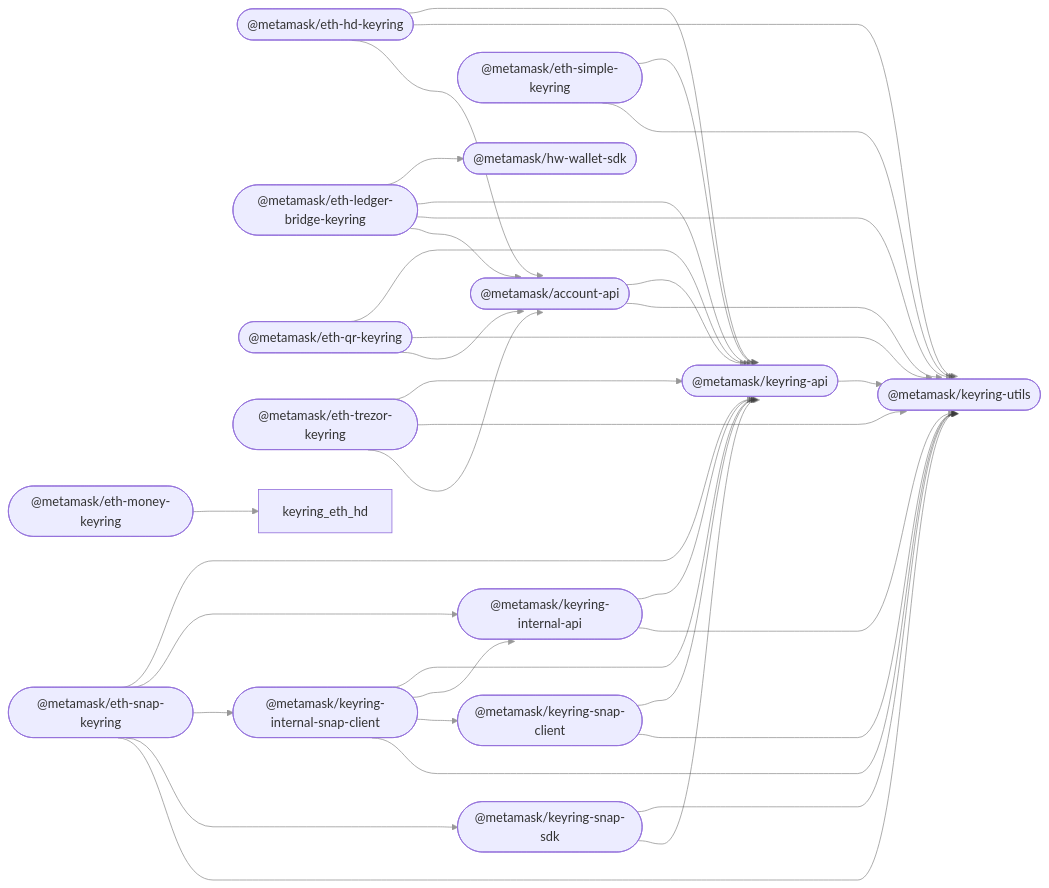
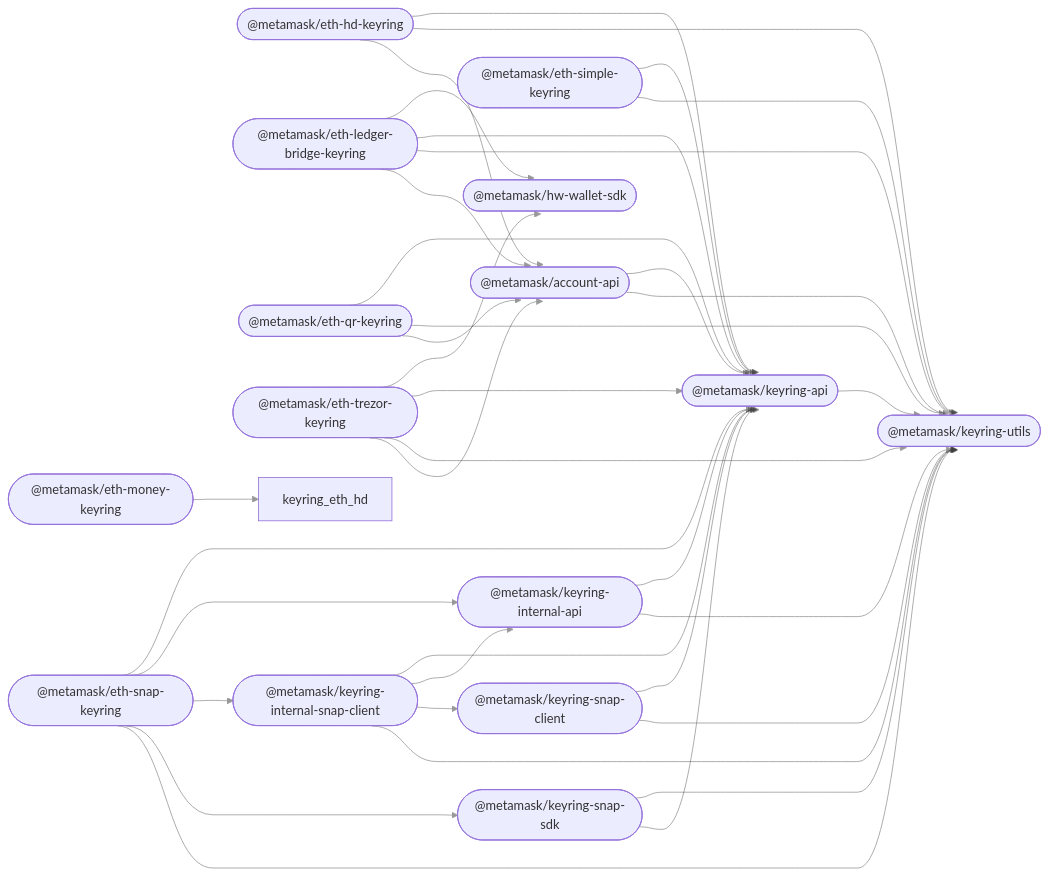
Before and after one commit to MetaMask/accounts: the diagram in README.md, drawn with Mermaid. The commit also changed 16 other files, not shown here.

````diff
--- a/README.md
+++ b/README.md
@@ -37,54 +37,55 @@
 ```mermaid
 %%{ init: { 'flowchart': { 'curve': 'bumpX' } } }%%
 graph LR;
 linkStyle default opacity:0.5
   account_api(["@metamask/account-api"]);
   hw_wallet_sdk(["@metamask/hw-wallet-sdk"]);
   keyring_api(["@metamask/keyring-api"]);
   eth_hd_keyring(["@metamask/eth-hd-keyring"]);
   eth_ledger_bridge_keyring(["@metamask/eth-ledger-bridge-keyring"]);
   eth_money_keyring(["@metamask/eth-money-keyring"]);
   eth_qr_keyring(["@metamask/eth-qr-keyring"]);
   eth_simple_keyring(["@metamask/eth-simple-keyring"]);
   eth_trezor_keyring(["@metamask/eth-trezor-keyring"]);
   keyring_internal_api(["@metamask/keyring-internal-api"]);
   keyring_internal_snap_client(["@metamask/keyring-internal-snap-client"]);
   eth_snap_keyring(["@metamask/eth-snap-keyring"]);
   keyring_snap_client(["@metamask/keyring-snap-client"]);
   keyring_snap_sdk(["@metamask/keyring-snap-sdk"]);
   keyring_utils(["@metamask/keyring-utils"]);
   account_api --> keyring_api;
   account_api --> keyring_utils;
   keyring_api --> keyring_utils;
   eth_hd_keyring --> keyring_api;
   eth_hd_keyring --> keyring_utils;
   eth_hd_keyring --> account_api;
   eth_ledger_bridge_keyring --> hw_wallet_sdk;
   eth_ledger_bridge_keyring --> keyring_api;
   eth_ledger_bridge_keyring --> keyring_utils;
   eth_ledger_bridge_keyring --> account_api;
   eth_money_keyring --> keyring_eth_hd;
   eth_qr_keyring --> keyring_api;
   eth_qr_keyring --> keyring_utils;
   eth_qr_keyring --> account_api;
   eth_simple_keyring --> keyring_api;
   eth_simple_keyring --> keyring_utils;
+  eth_trezor_keyring --> hw_wallet_sdk;
   eth_trezor_keyring --> keyring_api;
   eth_trezor_keyring --> keyring_utils;
   eth_trezor_keyring --> account_api;
   keyring_internal_api --> keyring_api;
   keyring_internal_api --> keyring_utils;
   keyring_internal_snap_client --> keyring_api;
   keyring_internal_snap_client --> keyring_internal_api;
   keyring_internal_snap_client --> keyring_snap_client;
   keyring_internal_snap_client --> keyring_utils;
   eth_snap_keyring --> keyring_api;
   eth_snap_keyring --> keyring_internal_api;
   eth_snap_keyring --> keyring_internal_snap_client;
   eth_snap_keyring --> keyring_snap_sdk;
   eth_snap_keyring --> keyring_utils;
   keyring_snap_client --> keyring_api;
   keyring_snap_client --> keyring_utils;
   keyring_snap_sdk --> keyring_utils;
   keyring_snap_sdk --> keyring_api;
 ```
````
